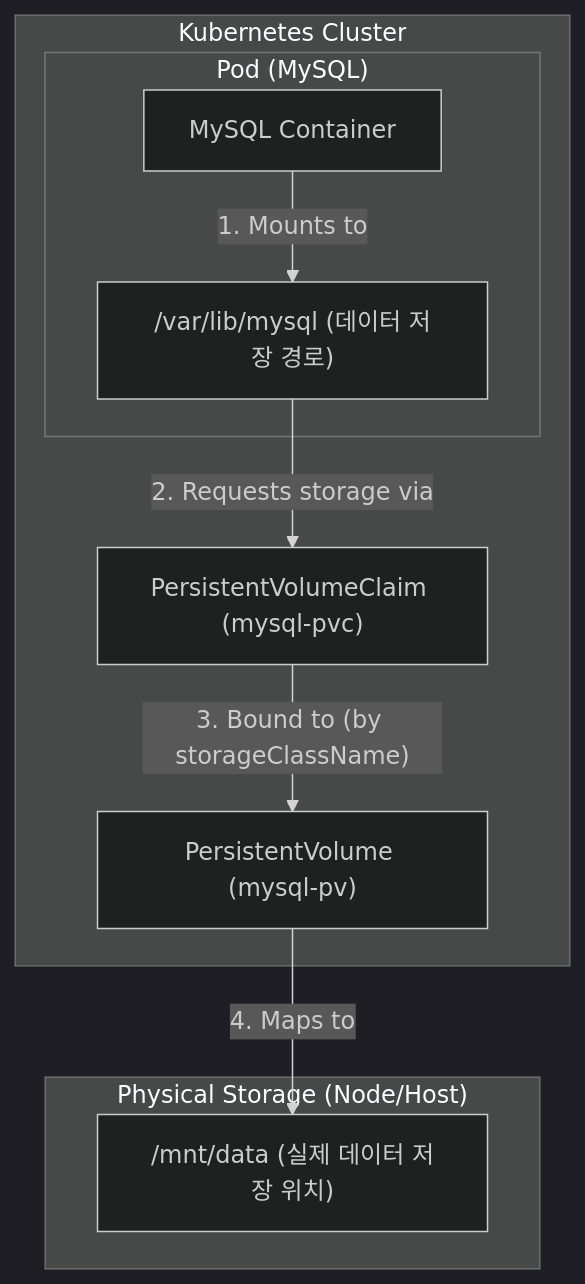
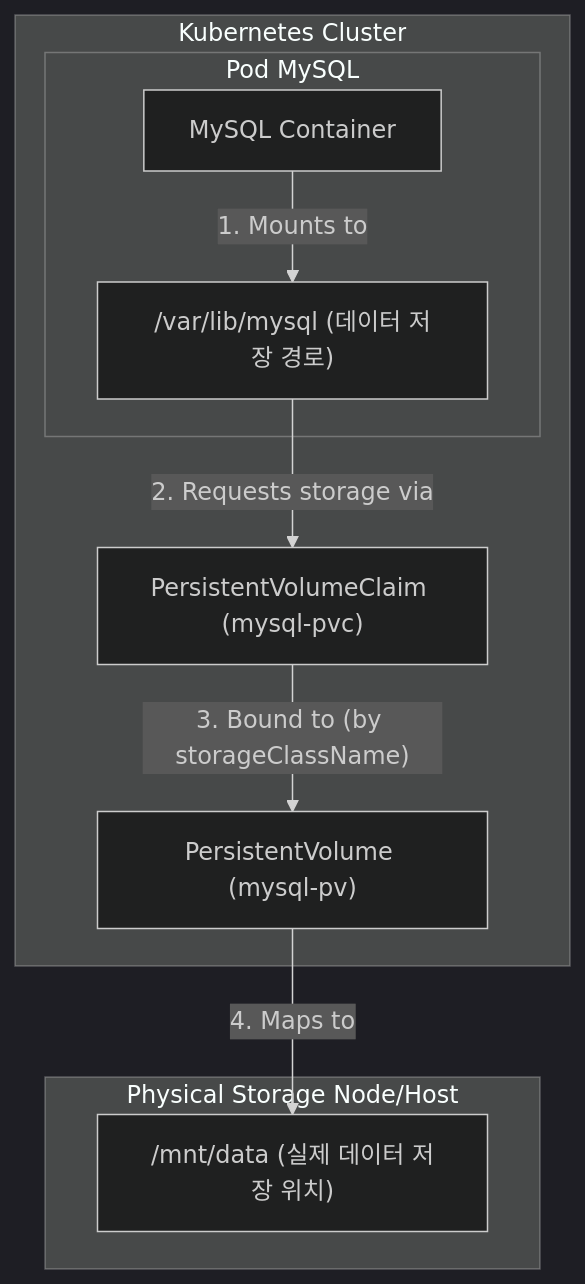
The diagram in 05_volume/mysql_persistence_practice.md (muzzaiwork/kubernetes), drawn with Mermaid (dark theme) before and after one commit. The commit also changed 1 other file, not shown here.

Commit message:
docs: fix broken mermaid diagrams for better compatibility

````diff
--- a/05_volume/mysql_persistence_practice.md
+++ b/05_volume/mysql_persistence_practice.md
@@ -127,22 +127,22 @@
 ```mermaid
 graph TD
-    subgraph "Kubernetes Cluster"
-        subgraph "Pod (MySQL)"
+    subgraph K8s [Kubernetes Cluster]
+        subgraph MySQL_Pod [Pod MySQL]
             Container["MySQL Container"]
             MountPath["/var/lib/mysql (데이터 저장 경로)"]
             Container -- "1. Mounts to" --> MountPath
         end
 
         PVC["PersistentVolumeClaim (mysql-pvc)"]
         PV["PersistentVolume (mysql-pv)"]
 
         MountPath -- "2. Requests storage via" --> PVC
         PVC -- "3. Bound to (by storageClassName)" --> PV
     end
 
-    subgraph "Physical Storage (Node/Host)"
+    subgraph Storage [Physical Storage Node/Host]
         HostPath["/mnt/data (실제 데이터 저장 위치)"]
     end
 
     PV -- "4. Maps to" --> HostPath
 ```
````
